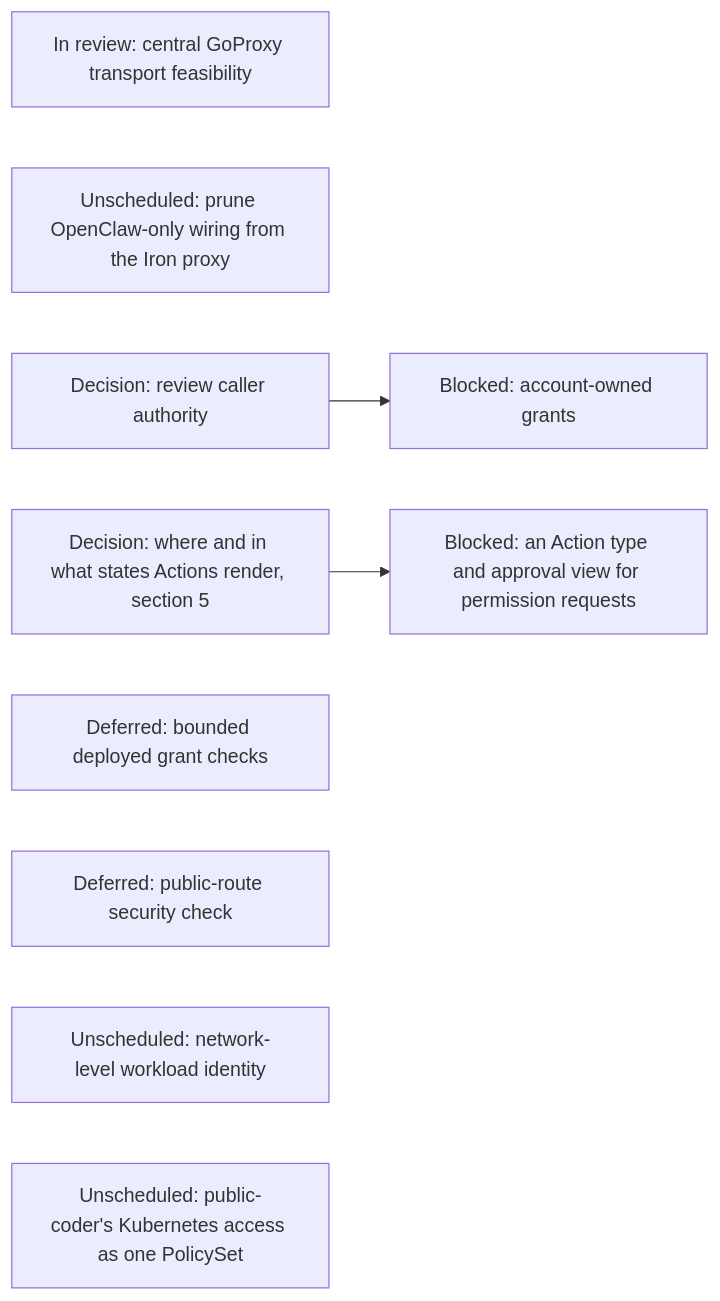
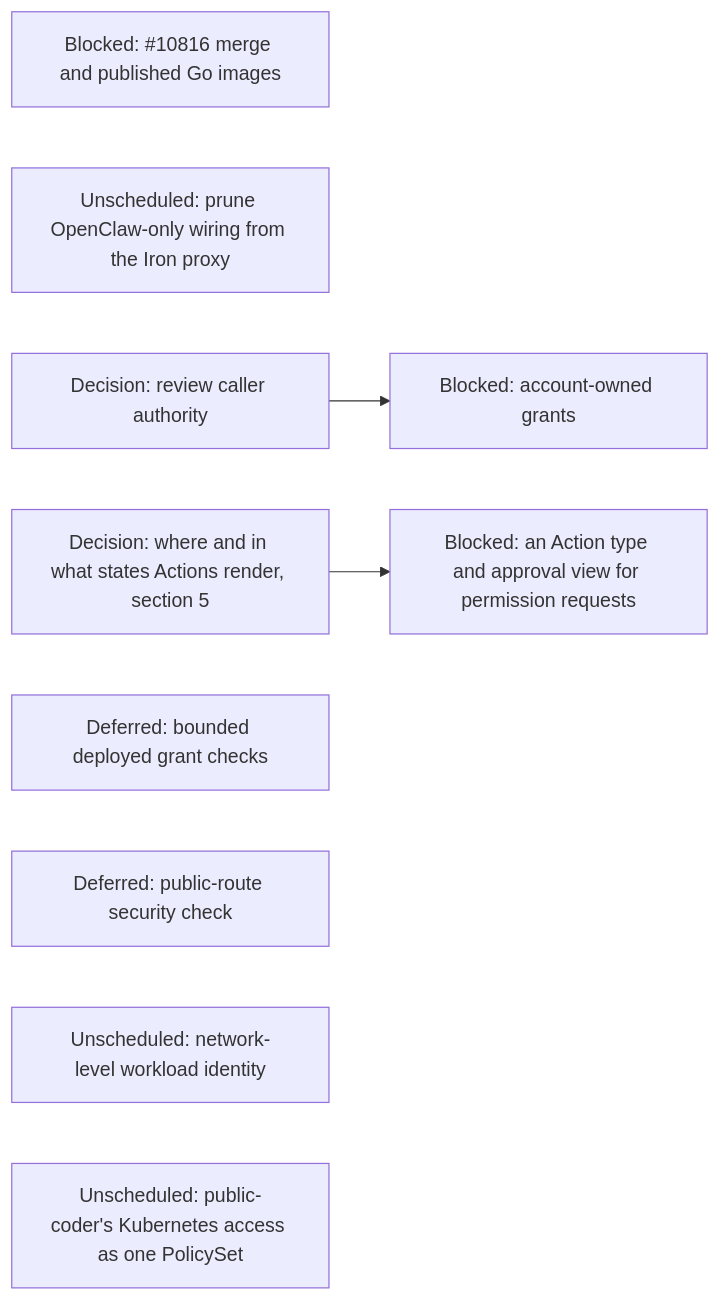
One commit to agentydragon/ducktape changed the ninth of 16 diagrams in agentplane/plans/task_dag.md. Above: the diagram before and after it, drawn with Mermaid. The commit also changed other lines of this file and 49 other files, not shown here.

First line of the commit message:
refactor(egress): delete the Python egress proxy

````diff
--- a/agentplane/plans/task_dag.md
+++ b/agentplane/plans/task_dag.md
@@ -1073,13 +1093,13 @@
 ```mermaid
 flowchart LR
-    GOPROXY_SPIKE[In review: central GoProxy transport feasibility]
+    EGRESS_GO_CUTOVER[Blocked: #10816 merge and published Go images]
     PC_EGRESS[Unscheduled: prune OpenClaw-only wiring from the Iron proxy]
     CLAUDE_AI_SA[Decision: review caller authority] --> MANAGED_SA_RBAC[Blocked: account-owned grants]
     AGENT_PERMISSION_REQUESTS[Blocked: an Action type and approval view for permission requests]
     ACTION_SURFACES_DESIGN[Decision: where and in what states Actions render, section 5]
     ACTION_SURFACES_DESIGN --> AGENT_PERMISSION_REQUESTS
     SANDBOX_RBAC[Deferred: bounded deployed grant checks]
     NOTIFICATION_INGRESS_BOUNDARY[Deferred: public-route security check]
     NETWORK_WORKLOAD_IDENTITY[Unscheduled: network-level workload identity]
     PC_KUBERNETES_POLICY_SET[Unscheduled: public-coder's Kubernetes access as one PolicySet]
 ```
````
